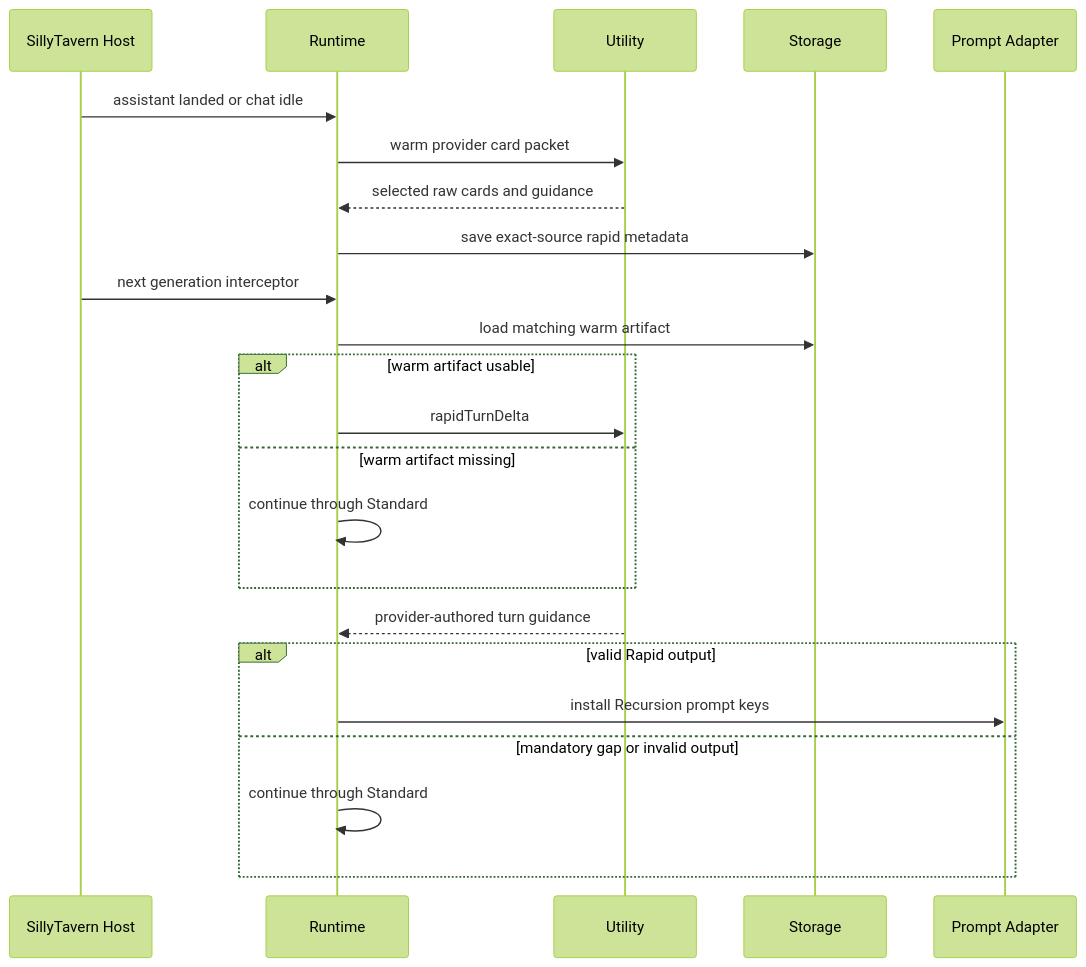
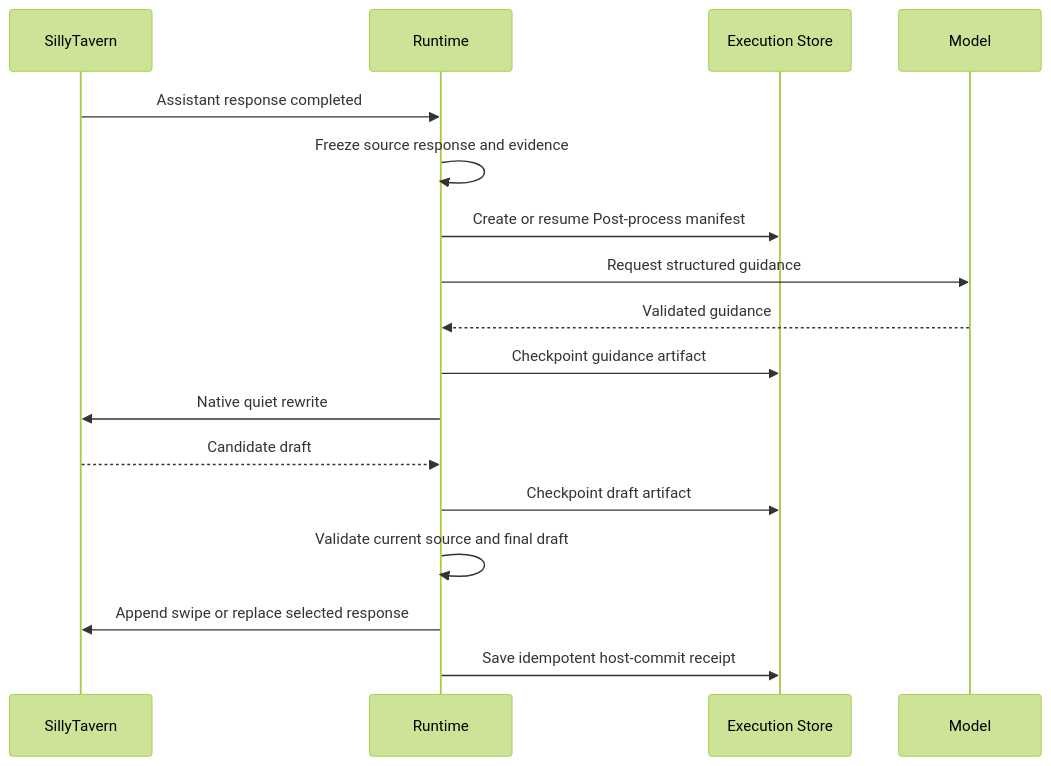
Before and after one commit to MentallyQuill/Recursion: the third of 3 diagrams in docs/technical/RUNTIME_TURN_SEQUENCE.md, drawn with Mermaid (forest theme). The commit also changed other lines of this file and 32 other files, not shown here.

````diff
--- a/docs/technical/RUNTIME_TURN_SEQUENCE.md
+++ b/docs/technical/RUNTIME_TURN_SEQUENCE.md
@@ -68,26 +131,20 @@
 ```mermaid
 sequenceDiagram
-    participant Host as SillyTavern Host
-    participant Runtime as Runtime
-    participant Utility as Utility
-    participant Storage as Storage
-    participant Adapter as Prompt Adapter
+    participant Host as SillyTavern
+    participant Runtime
+    participant Store as Execution Store
+    participant Model
 
-    Host->>Runtime: assistant landed or chat idle
-    Runtime->>Utility: warm provider card packet
-    Utility-->>Runtime: selected raw cards and guidance
-    Runtime->>Storage: save exact-source rapid metadata
-    Host->>Runtime: next generation interceptor
-    Runtime->>Storage: load matching warm artifact
-    alt warm artifact usable
-        Runtime->>Utility: rapidTurnDelta
-    else warm artifact missing
-        Runtime->>Runtime: continue through Standard
-    end
-    Utility-->>Runtime: provider-authored turn guidance
-    alt valid Rapid output
-        Runtime->>Adapter: install Recursion prompt keys
-    else mandatory gap or invalid output
-        Runtime->>Runtime: continue through Standard
-    end
+    Host->>Runtime: Assistant response completed
+    Runtime->>Runtime: Freeze source response and evidence
+    Runtime->>Store: Create or resume Post-process manifest
+    Runtime->>Model: Request structured guidance
+    Model-->>Runtime: Validated guidance
+    Runtime->>Store: Checkpoint guidance artifact
+    Runtime->>Host: Native quiet rewrite
+    Host-->>Runtime: Candidate draft
+    Runtime->>Store: Checkpoint draft artifact
+    Runtime->>Runtime: Validate current source and final draft
+    Runtime->>Host: Append swipe or replace selected response
+    Runtime->>Store: Save idempotent host-commit receipt
 ```
````
